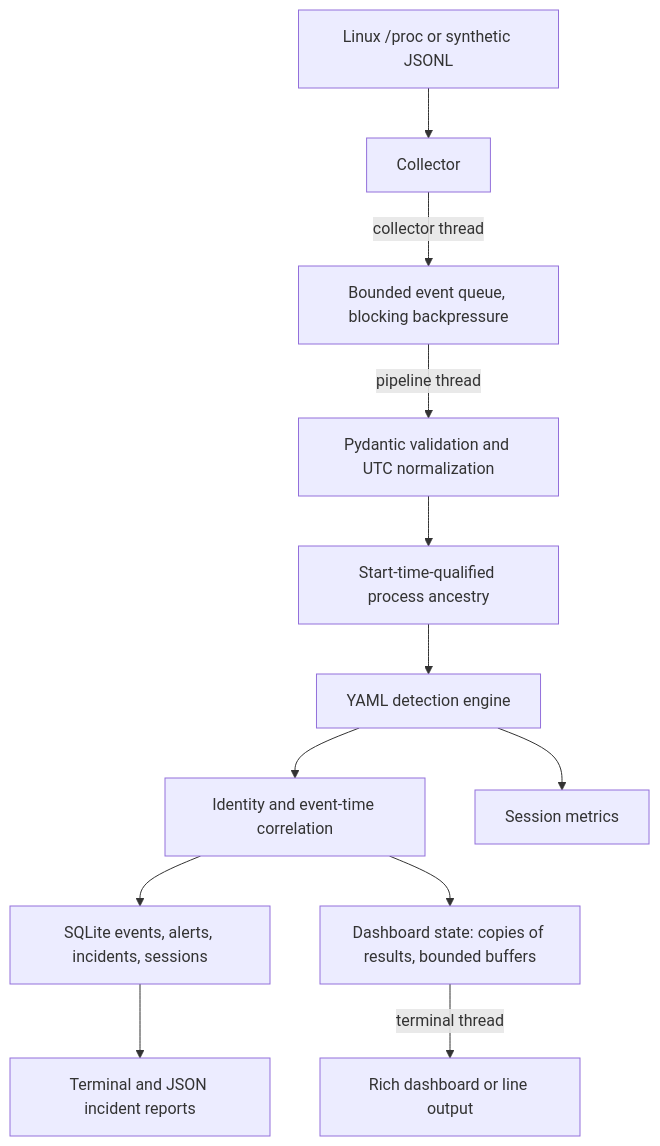
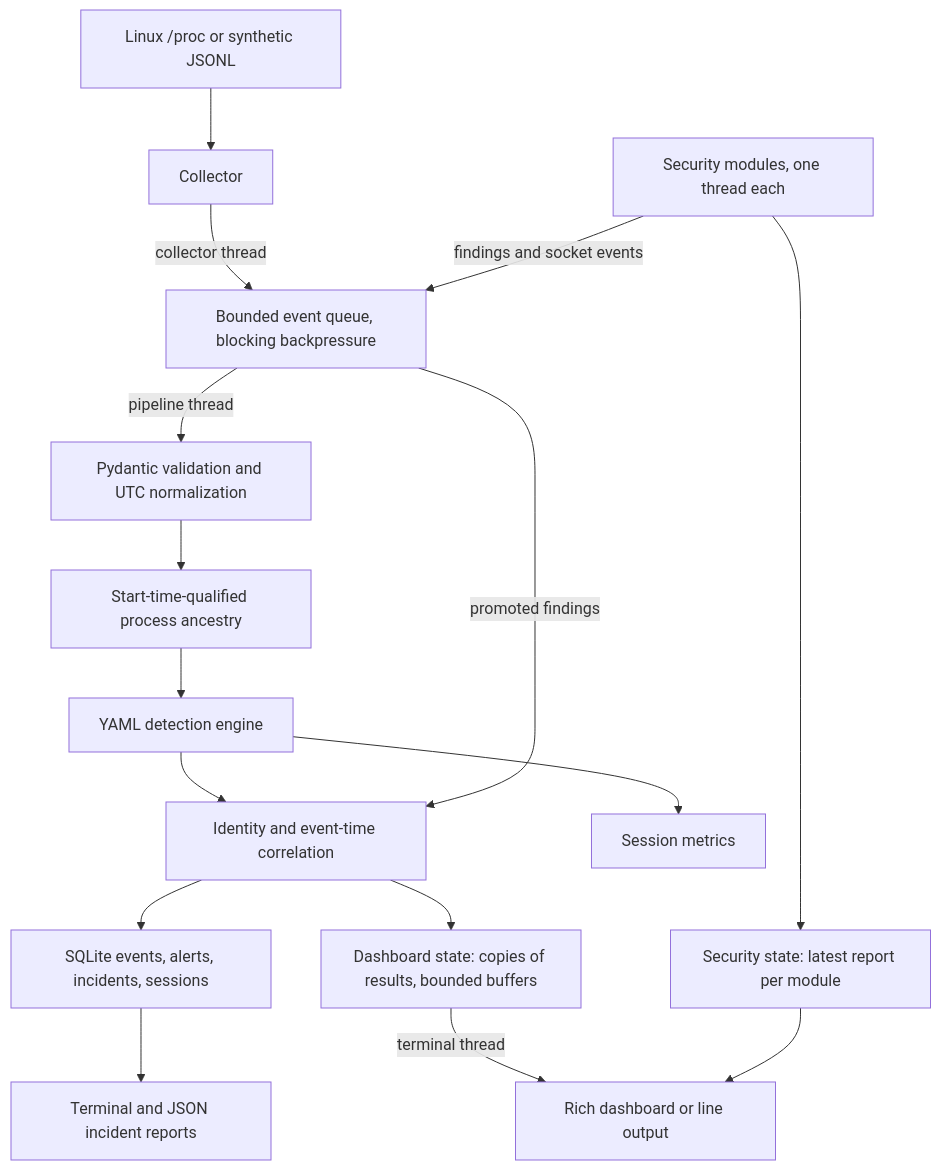
The diagram in README.md (Utkarsh-sharma47/linux-runtime-threat-engine), drawn with Mermaid before and after one commit. The commit also changed other lines of this file and 4 other files, not shown here.

Commit message:
docs: document security modules, investigation page, limits and development guide

````diff
--- a/README.md
+++ b/README.md
@@ -40,14 +48,18 @@
 ```mermaid
 flowchart TD
   Sources[Linux /proc or synthetic JSONL] --> Collector
   Collector -->|collector thread| Queue[Bounded event queue, blocking backpressure]
   Queue -->|pipeline thread| Normalizer[Pydantic validation and UTC normalization]
   Normalizer --> Ancestry[Start-time-qualified process ancestry]
   Ancestry --> Rules[YAML detection engine]
   Rules --> Correlation[Identity and event-time correlation]
   Correlation --> SQLite[SQLite events, alerts, incidents, sessions]
   Correlation --> State[Dashboard state: copies of results, bounded buffers]
   SQLite --> Reports[Terminal and JSON incident reports]
   State -->|terminal thread| Renderer[Rich dashboard or line output]
   Rules --> Metrics[Session metrics]
+  Modules[Security modules, one thread each] -->|findings and socket events| Queue
+  Queue -->|promoted findings| Correlation
+  Modules --> SecState[Security state: latest report per module]
+  SecState --> Renderer
 ```
````
